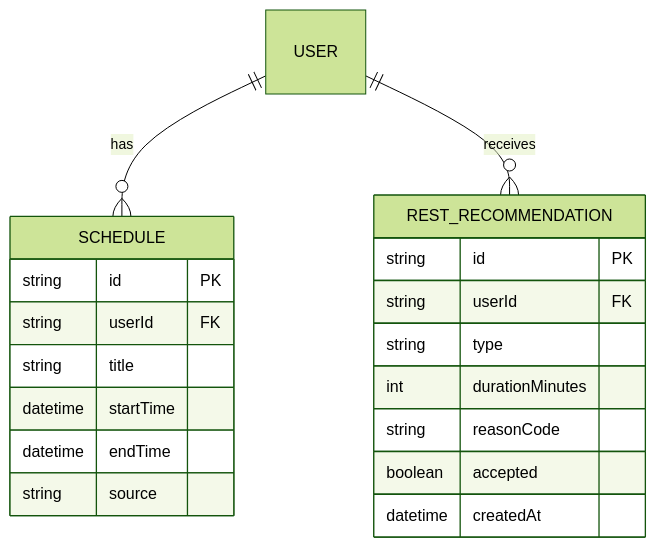
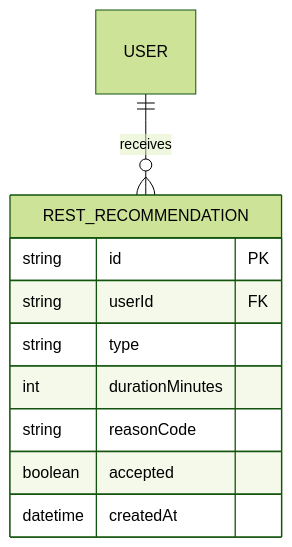
Before and after one commit to YAMI-SOTE/team-nap-app: the second of 2 diagrams in docs/db.md, drawn with Mermaid (forest theme). The commit also changed other lines of this file and 6 other files, not shown here.

First line of the commit message:
docs: per-user schedule (CalendarEvent) + Google Calendar import

````diff
--- a/docs/db.md
+++ b/docs/db.md
@@ -189,25 +207,15 @@
 ```mermaid
 erDiagram
 
-    USER ||--o{ SCHEDULE : has
     USER ||--o{ REST_RECOMMENDATION : receives
-
-    SCHEDULE {
-        string id PK
-        string userId FK
-        string title
-        datetime startTime
-        datetime endTime
-        string source
-    }
 
     REST_RECOMMENDATION {
         string id PK
         string userId FK
         string type
         int durationMinutes
         string reasonCode
         boolean accepted
         datetime createdAt
     }
 ```
````
